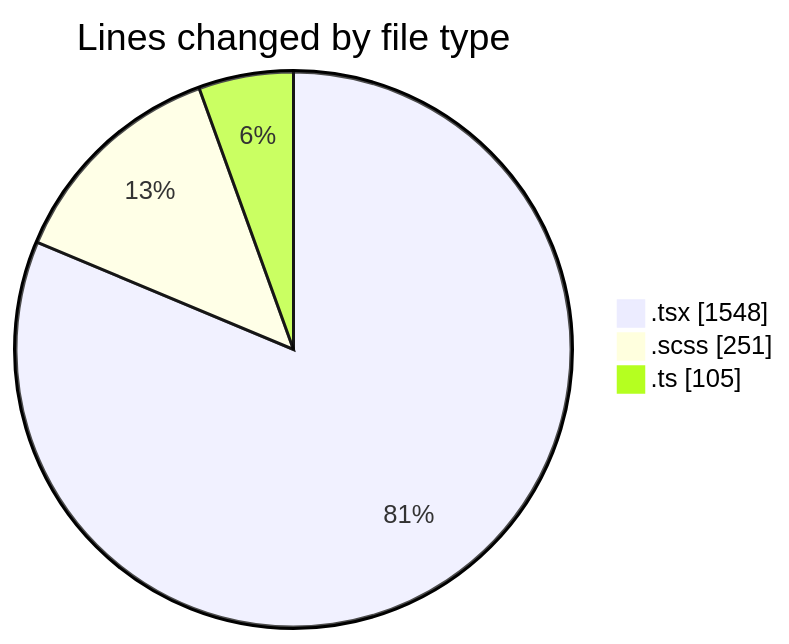
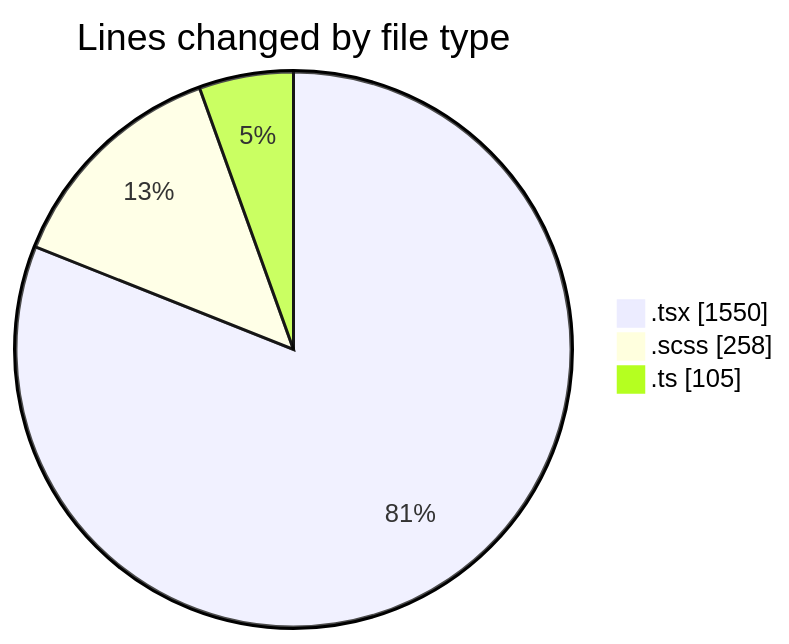
Before and after one commit to momahboobian/code-tracking: the first of 2 diagrams in 2026-11-06/cda/README.md, drawn with Mermaid. The commit also changed other lines of this file and 1 other file, not shown here.

````diff
--- a/2026-11-06/cda/README.md
+++ b/2026-11-06/cda/README.md
@@ -36,7 +36,7 @@
 ```mermaid
 pie showData
 title Lines changed by file type
-".tsx" : 1548
-".scss" : 251
+".tsx" : 1550
+".scss" : 258
 ".ts" : 105
 ```
````
